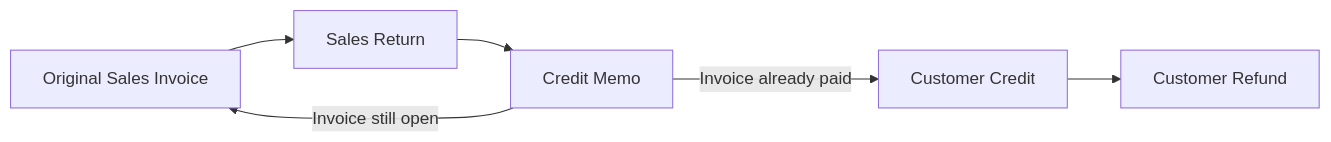
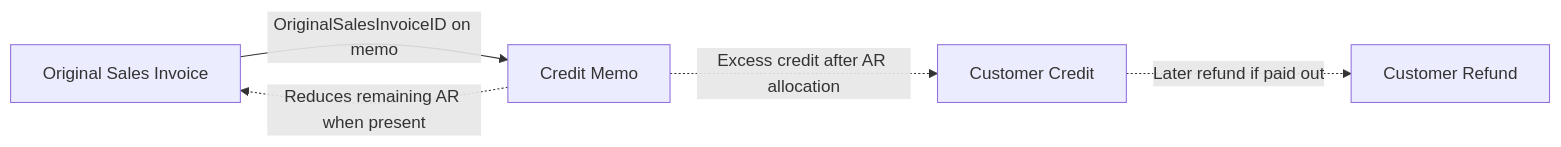
One commit to mmcodesso/CharlesRiver_Database changed the eighth of 8 diagrams in docs/processes/o2c.md. Above: the diagram before and after it, drawn with Mermaid. The commit also changed other lines of this file and 66 other files, not shown here.

````diff
--- a/docs/processes/o2c.md
+++ b/docs/processes/o2c.md
@@ -455,14 +469,14 @@
 ```mermaid
 flowchart LR
     accTitle: Credit memo and remaining customer credit
-    accDescr: An original invoice connects to return and credit memo records. The memo can reduce an open invoice, or an already-paid invoice can leave customer credit that proceeds to refund.
+    accDescr: The solid arrow identifies the original-invoice key. Dashed arrows describe accounting allocation and conditional later refund chronology, not database joins.
     INV[Original Sales Invoice]
-    RET[Sales Return]
     CM[Credit Memo]
     CC[Customer Credit]
     RF[Customer Refund]
 
-    INV --> RET --> CM
-    CM -->|Invoice still open| INV
-    CM -->|Invoice already paid| CC --> RF
+    INV -->|OriginalSalesInvoiceID on memo| CM
+    CM -. Reduces remaining AR when present .-> INV
+    CM -. Excess credit after AR allocation .-> CC
+    CC -. Later refund if paid out .-> RF
 ```
````
